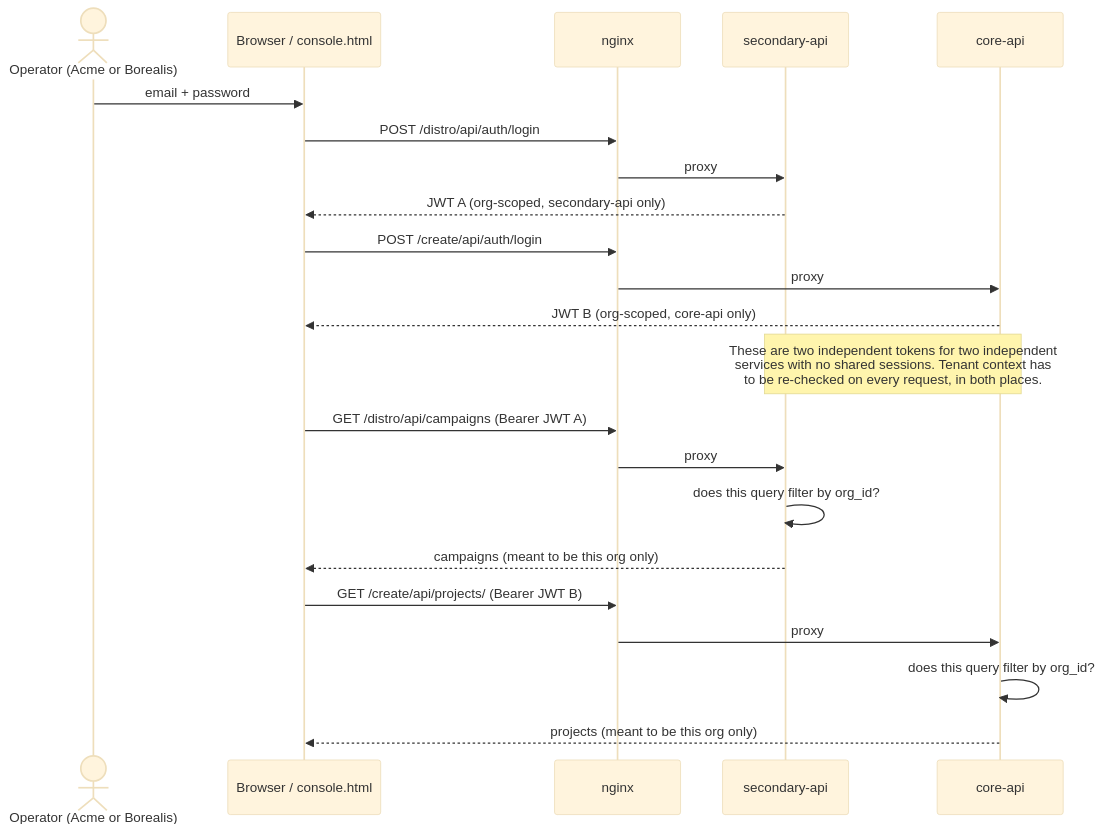
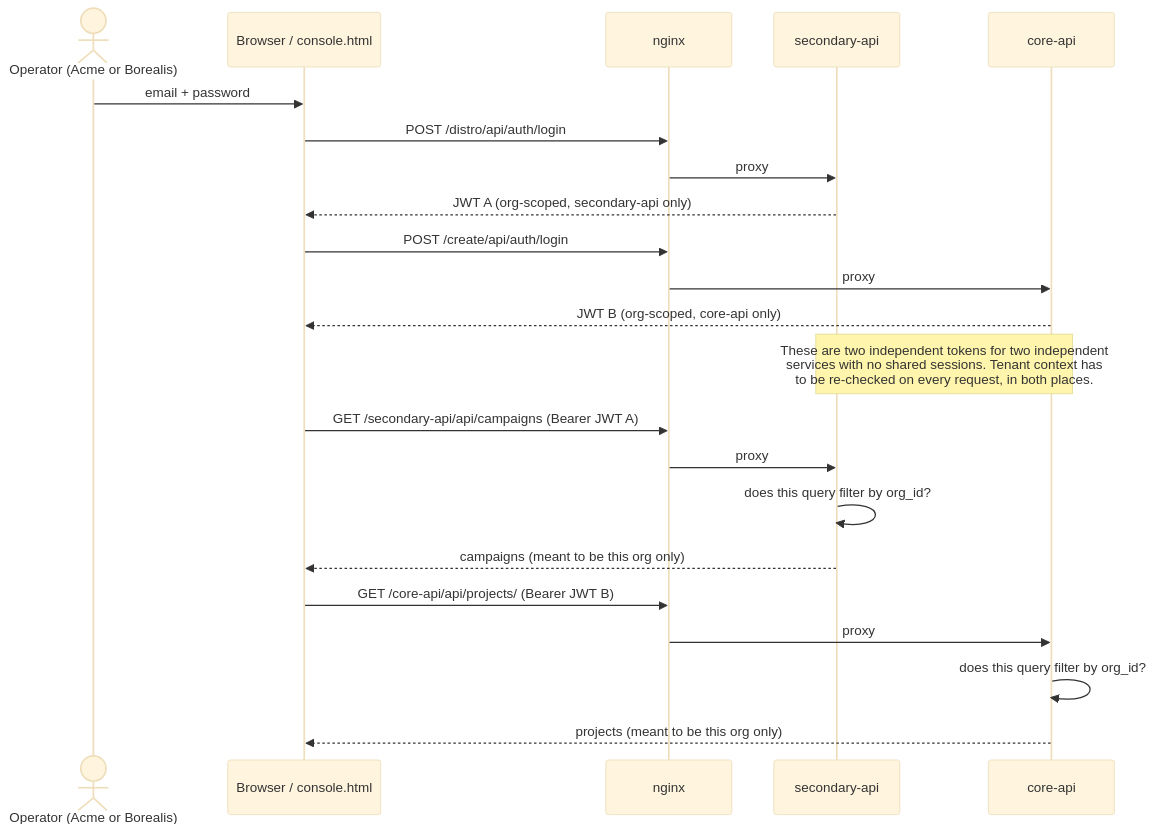
The second of 2 diagrams in README.md (TheVoidThatConsumes/TenantSheep), drawn with Mermaid (base theme) before and after one commit. The commit also changed other lines of this file, not shown here.

Commit message:
Update API references in README.md

````diff
--- a/README.md
+++ b/README.md
@@ -65,29 +65,29 @@
 ```mermaid
 sequenceDiagram
     actor Op as Operator (Acme or Borealis)
     participant UI as Browser / console.html
     participant Nginx as nginx
     participant Sec as secondary-api
     participant Core as core-api
 
     Op->>UI: email + password
     UI->>Nginx: POST /distro/api/auth/login
     Nginx->>Sec: proxy
     Sec-->>UI: JWT A (org-scoped, secondary-api only)
 
     UI->>Nginx: POST /create/api/auth/login
     Nginx->>Core: proxy
     Core-->>UI: JWT B (org-scoped, core-api only)
 
     Note over Sec,Core: These are two independent tokens for two independent<br/>services with no shared sessions. Tenant context has<br/>to be re-checked on every request, in both places.
 
-    UI->>Nginx: GET /distro/api/campaigns (Bearer JWT A)
+    UI->>Nginx: GET /secondary-api/api/campaigns (Bearer JWT A)
     Nginx->>Sec: proxy
     Sec->>Sec: does this query filter by org_id?
     Sec-->>UI: campaigns (meant to be this org only)
 
-    UI->>Nginx: GET /create/api/projects/ (Bearer JWT B)
+    UI->>Nginx: GET /core-api/api/projects/ (Bearer JWT B)
     Nginx->>Core: proxy
     Core->>Core: does this query filter by org_id?
     Core-->>UI: projects (meant to be this org only)
 ```
````
